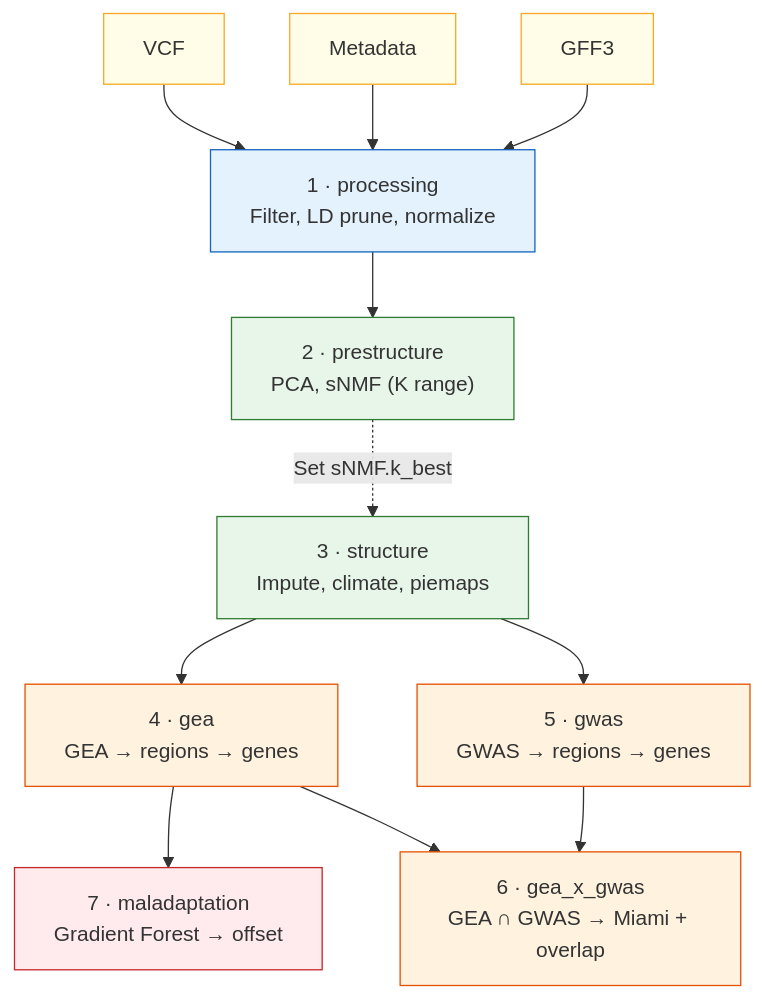
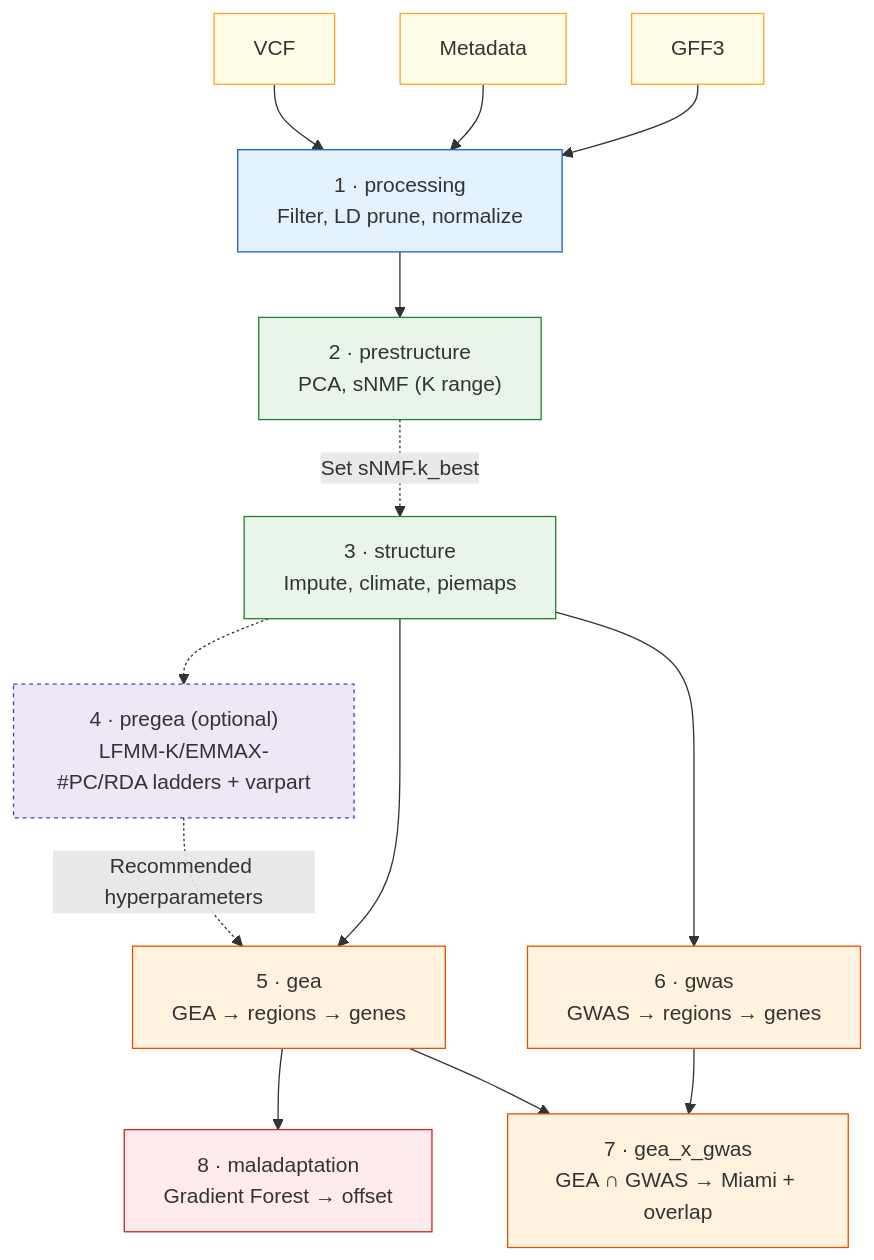
Before and after one commit to hubner-lab/ADAPTOGENE: the first of 9 diagrams in README.md, drawn with Mermaid. The commit also changed other lines of this file and 14 other files, not shown here.

````diff
--- a/README.md
+++ b/README.md
@@ -89,26 +92,30 @@
 ```mermaid
 flowchart TB
     classDef input fill:#FFFDE7,stroke:#F9A825,color:#333
     classDef preproc fill:#E3F2FD,stroke:#1565C0,color:#333
     classDef struct fill:#E8F5E9,stroke:#2E7D32,color:#333
+    classDef pregea fill:#EDE7F6,stroke:#5E35B1,color:#333,stroke-dasharray:3 3
     classDef assoc fill:#FFF3E0,stroke:#E65100,color:#333
     classDef malad fill:#FFEBEE,stroke:#C62828,color:#333
 
     VCF["VCF"]:::input
     META["Metadata"]:::input
     GFF["GFF3"]:::input
 
     proc["1 · processing\nFilter, LD prune, normalize"]:::preproc
     prestruct["2 · prestructure\nPCA, sNMF (K range)"]:::struct
     struct["3 · structure\nImpute, climate, piemaps"]:::struct
-    gea["4 · gea\nGEA → regions → genes"]:::assoc
-    gwas["5 · gwas\nGWAS → regions → genes"]:::assoc
-    geaxgwas["6 · gea_x_gwas\nGEA ∩ GWAS → Miami + overlap"]:::assoc
-    malad["7 · maladaptation\nGradient Forest → offset"]:::malad
+    pregea["4 · pregea (optional)\nLFMM-K/EMMAX-#PC/RDA ladders + varpart"]:::pregea
+    gea["5 · gea\nGEA → regions → genes"]:::assoc
+    gwas["6 · gwas\nGWAS → regions → genes"]:::assoc
+    geaxgwas["7 · gea_x_gwas\nGEA ∩ GWAS → Miami + overlap"]:::assoc
+    malad["8 · maladaptation\nGradient Forest → offset"]:::malad
 
     VCF & META & GFF --> proc --> prestruct
     prestruct -. "Set sNMF.k_best" .-> struct
+    struct -.-> pregea
+    pregea -. "Recommended hyperparameters" .-> gea
     struct --> gea & gwas
     gea --> malad
     gea & gwas --> geaxgwas
 ```
````
